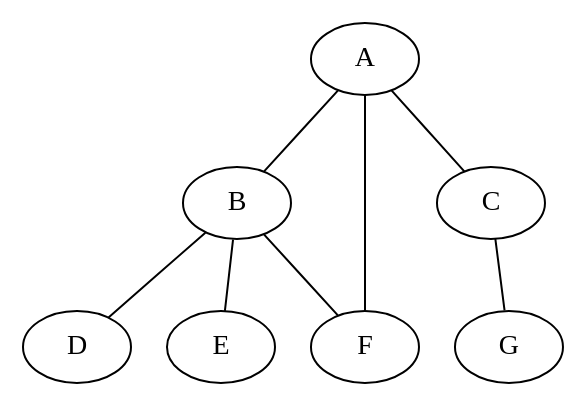
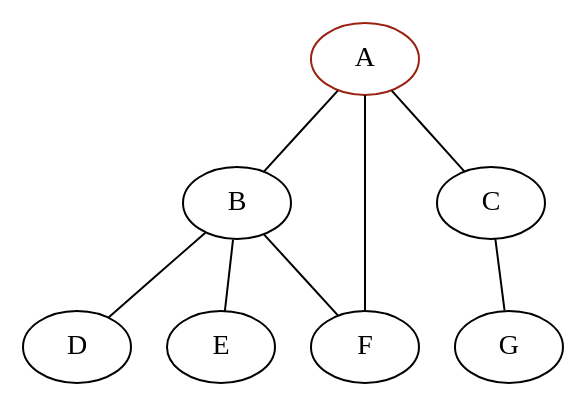
One commit to giovannirosa/grafos-trabalho-2 changed the diagram in 2.dot. Above: the diagram before and after it, drawn with Graphviz. The commit also changed 3 other files, not shown here.

```diff
--- a/2.dot
+++ b/2.dot
@@ -1,9 +1,10 @@
 strict graph "second" {
+  A [color="#992211"]
   A -- B
   A -- C
   A -- F
   B -- D
   B -- E
   B -- F
   C -- G
 }
```
